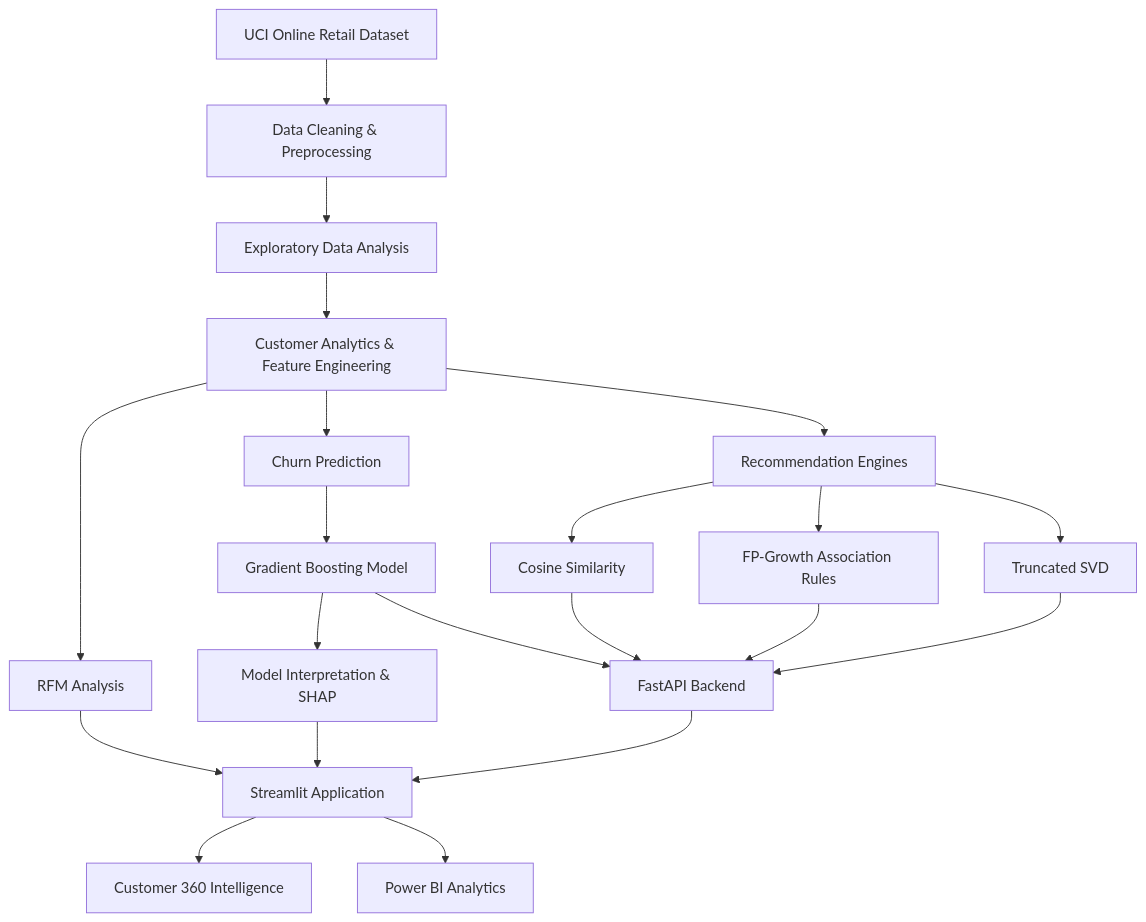
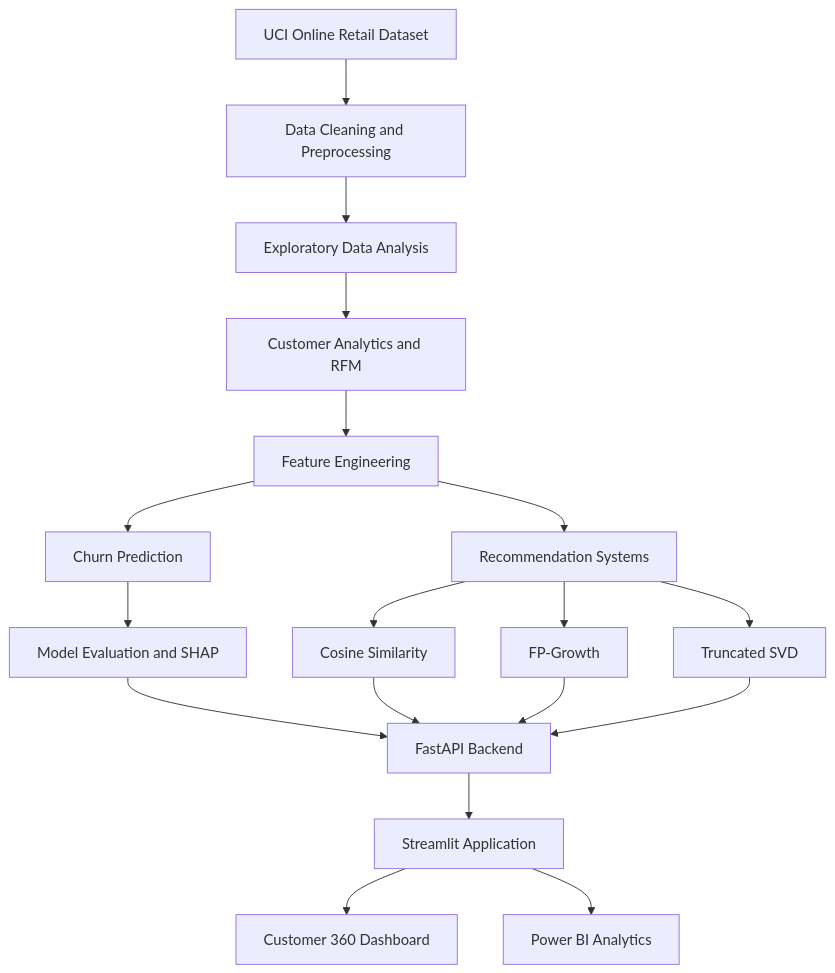
Before and after one commit to nikunjpanthi5/Commerce-Customer-Intelligence: the diagram in README.md, drawn with Mermaid. The commit also changed other lines of this file, not shown here.

````diff
--- a/README.md
+++ b/README.md
@@ -167,28 +247,24 @@
 ```mermaid
 flowchart TD
-    A["UCI Online Retail Dataset"] --> B["Data Cleaning & Preprocessing"]
+    A["UCI Online Retail Dataset"] --> B["Data Cleaning and Preprocessing"]
     B --> C["Exploratory Data Analysis"]
-    C --> D["Customer Analytics & Feature Engineering"]
-    D --> E["RFM Analysis"]
-    D --> F["Churn Prediction"]
-    D --> G["Recommendation Engines"]
+    C --> D["Customer Analytics and RFM"]
+    D --> E["Feature Engineering"]
 
-    F --> H["Gradient Boosting Model"]
-    H --> I["Model Interpretation & SHAP"]
+    E --> F["Churn Prediction"]
+    E --> G["Recommendation Systems"]
 
-    G --> J["Cosine Similarity"]
-    G --> K["FP-Growth Association Rules"]
-    G --> L["Truncated SVD"]
+    F --> H["Model Evaluation and SHAP"]
+    G --> I["Cosine Similarity"]
+    G --> J["FP-Growth"]
+    G --> K["Truncated SVD"]
 
-    H --> M["FastAPI Backend"]
-    J --> M
-    K --> M
-    L --> M
+    H --> L["FastAPI Backend"]
+    I --> L
+    J --> L
+    K --> L
 
-    M --> N["Streamlit Application"]
-    E --> N
-    I --> N
-
-    N --> O["Customer 360 Intelligence"]
-    N --> P["Power BI Analytics"]
+    L --> M["Streamlit Application"]
+    M --> N["Customer 360 Dashboard"]
+    M --> O["Power BI Analytics"]
 ```
````
